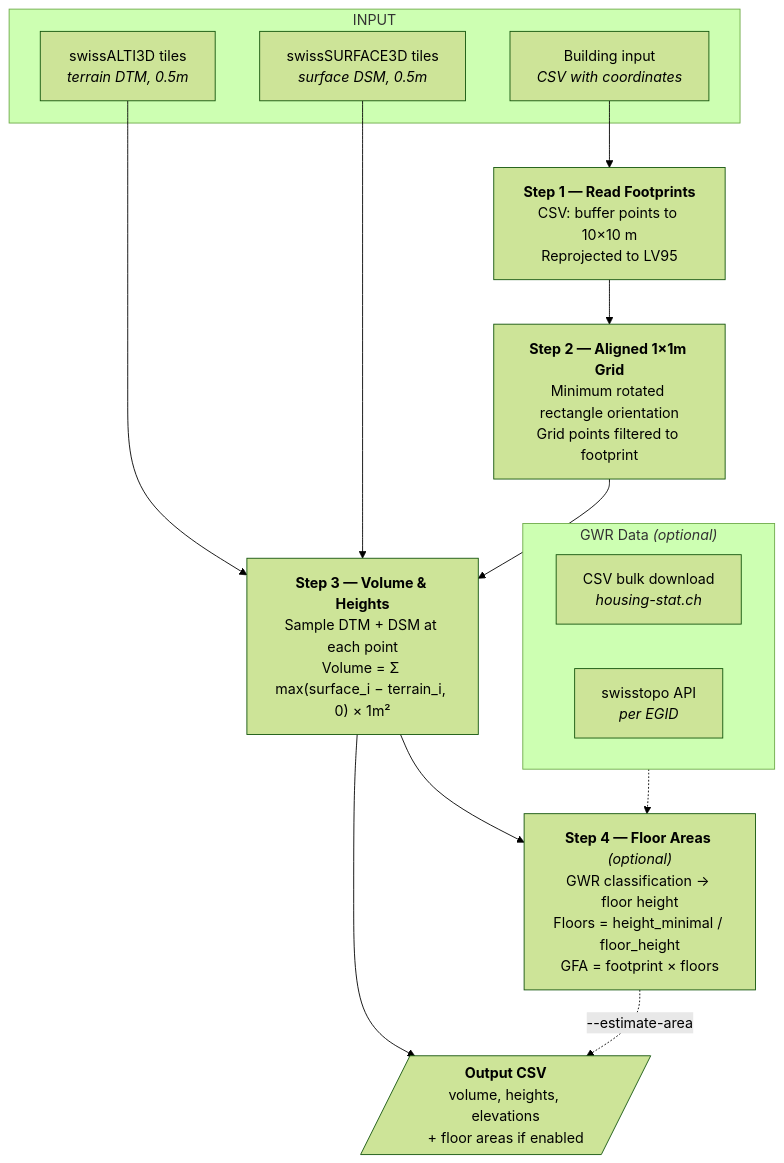
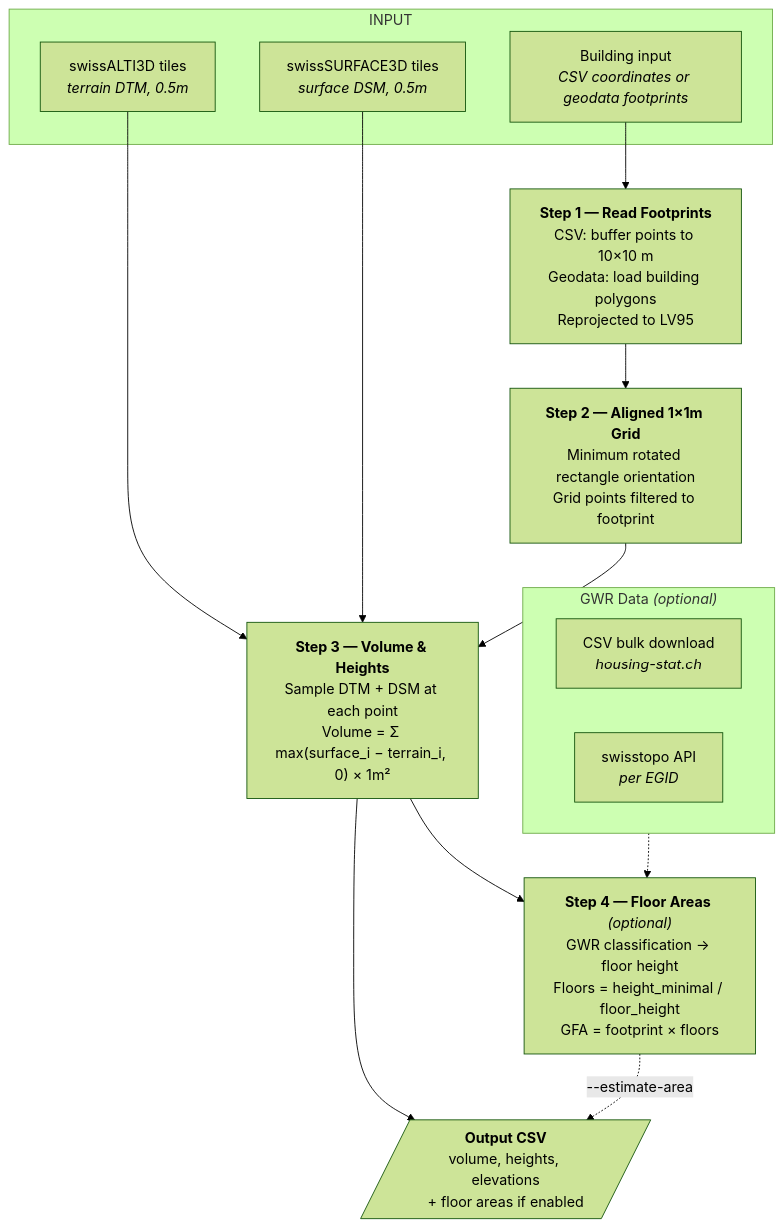
One commit to bbl-dres/area-estimator changed the diagram in README.md. Above: the diagram before and after it, drawn with Mermaid (forest theme). The commit also changed other lines of this file, not shown here.

````diff
--- a/README.md
+++ b/README.md
@@ -22,31 +22,31 @@
 ```mermaid
 flowchart TD
     subgraph INPUT
-        A1[Building input<br><i>CSV with coordinates</i>]
+        A1[Building input<br><i>CSV coordinates or geodata footprints</i>]
         A2[swissALTI3D tiles<br><i>terrain DTM, 0.5m</i>]
         A3[swissSURFACE3D tiles<br><i>surface DSM, 0.5m</i>]
     end
 
     A1 --> S1
     A2 --> S3
     A3 --> S3
 
-    S1["<b>Step 1 — Read Footprints</b><br>CSV: buffer points to 10×10 m<br>Reprojected to LV95"]
+    S1["<b>Step 1 — Read Footprints</b><br>CSV: buffer points to 10×10 m<br>Geodata: load building polygons<br>Reprojected to LV95"]
     S2["<b>Step 2 — Aligned 1×1m Grid</b><br>Minimum rotated rectangle orientation<br>Grid points filtered to footprint"]
     S3["<b>Step 3 — Volume & Heights</b><br>Sample DTM + DSM at each point<br>Volume = Σ max(surface_i − terrain_i, 0) × 1m²"]
     S4["<b>Step 4 — Floor Areas</b> <i>(optional)</i><br>GWR classification → floor height<br>Floors = height_minimal / floor_height<br>GFA = footprint × floors"]
 
     S1 --> S2 --> S3 --> S4
 
     S3 --> OUT
     S4 -.->|--estimate-area| OUT
 
     OUT[/"<b>Output CSV</b><br>volume, heights, elevations<br>+ floor areas if enabled"/]
 
     subgraph GWR["GWR Data <i>(optional)</i>"]
         G1[CSV bulk download<br><i>housing-stat.ch</i>]
         G2[swisstopo API<br><i>per EGID</i>]
     end
 
     GWR -.-> S4
 ```
````
